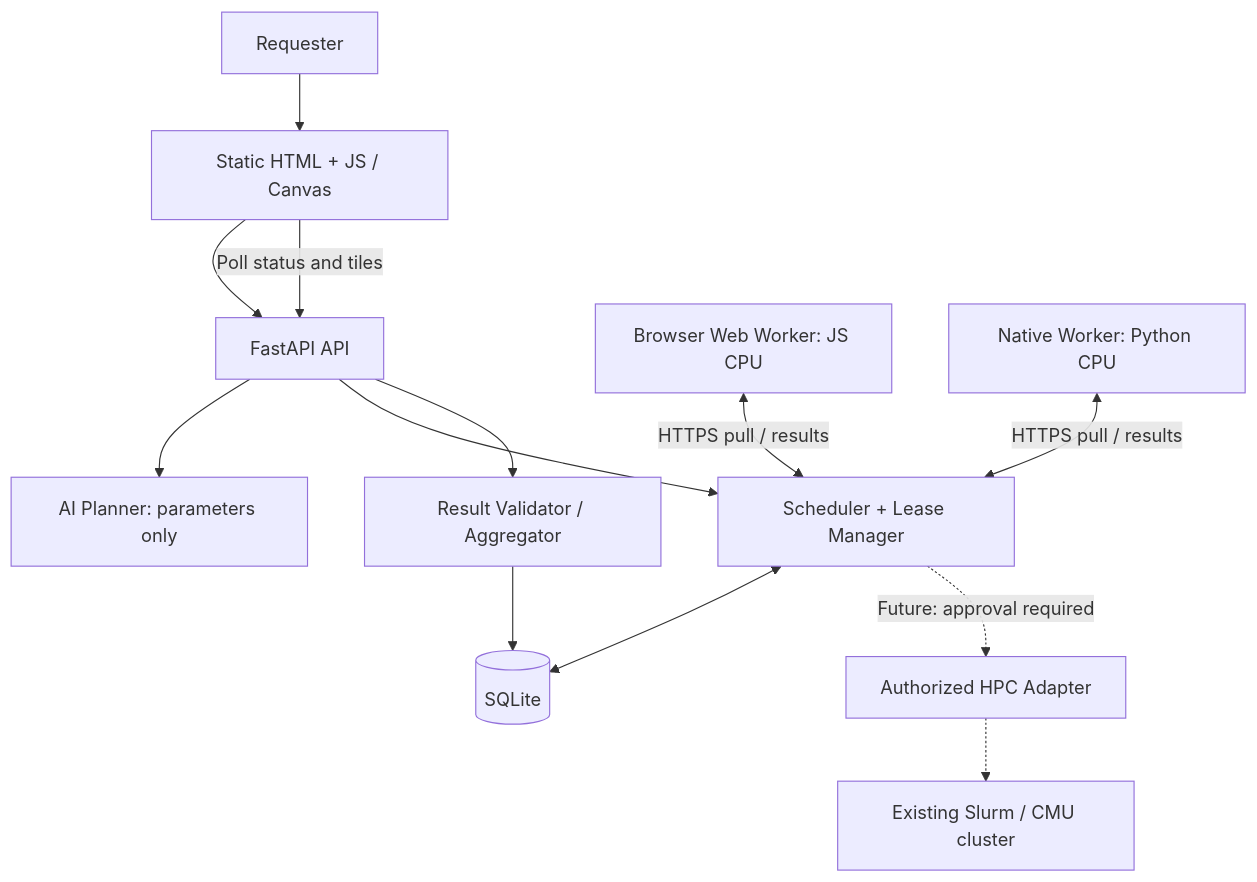
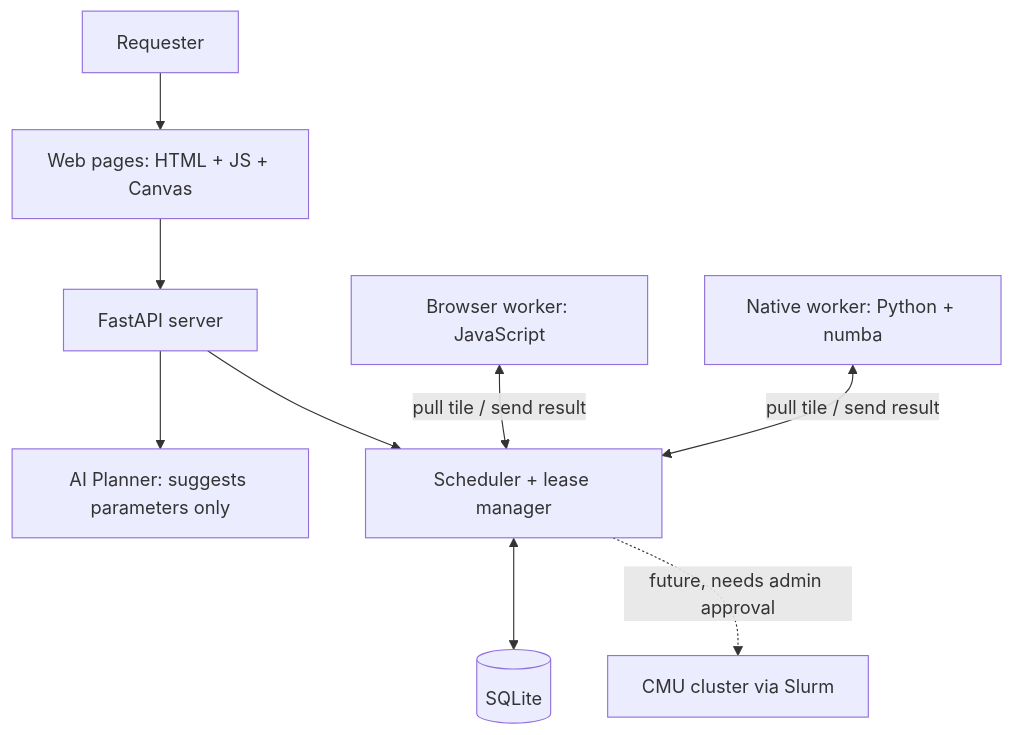
Before and after one commit to yangzihan0806-cpu/nova: the diagram in README.md, drawn with Mermaid. The commit also changed other lines of this file, not shown here.

````diff
--- a/README.md
+++ b/README.md
@@ -43,15 +23,11 @@
 ```mermaid
 flowchart TB
-  U[Requester] --> UI[Static HTML + JS / Canvas]
-  UI --> API[FastAPI API]
-  API --> P[AI Planner: parameters only]
-  API --> S[Scheduler + Lease Manager]
+  U[Requester] --> UI[Web pages: HTML + JS + Canvas]
+  UI --> API[FastAPI server]
+  API --> P[AI Planner: suggests parameters only]
+  API --> S[Scheduler + lease manager]
   S <--> DB[(SQLite)]
-  API --> R[Result Validator / Aggregator]
-  R --> DB
-  BW[Browser Web Worker: JS CPU] <-->|HTTPS pull / results| S
-  NW[Native Worker: Python CPU] <-->|HTTPS pull / results| S
-  S -.->|Future: approval required| A[Authorized HPC Adapter]
-  A -.-> H[Existing Slurm / CMU cluster]
-  UI -->|Poll status and tiles| API
+  BW[Browser worker: JavaScript] <-->|pull tile / send result| S
+  NW[Native worker: Python + numba] <-->|pull tile / send result| S
+  S -.->|future, needs admin approval| H[CMU cluster via Slurm]
 ```
````
